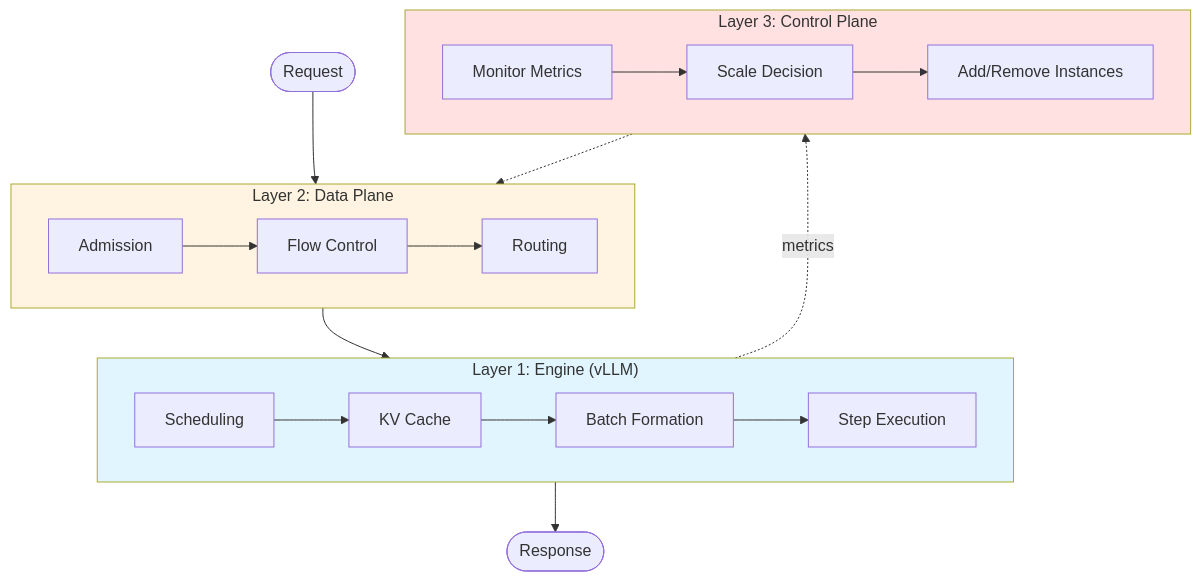
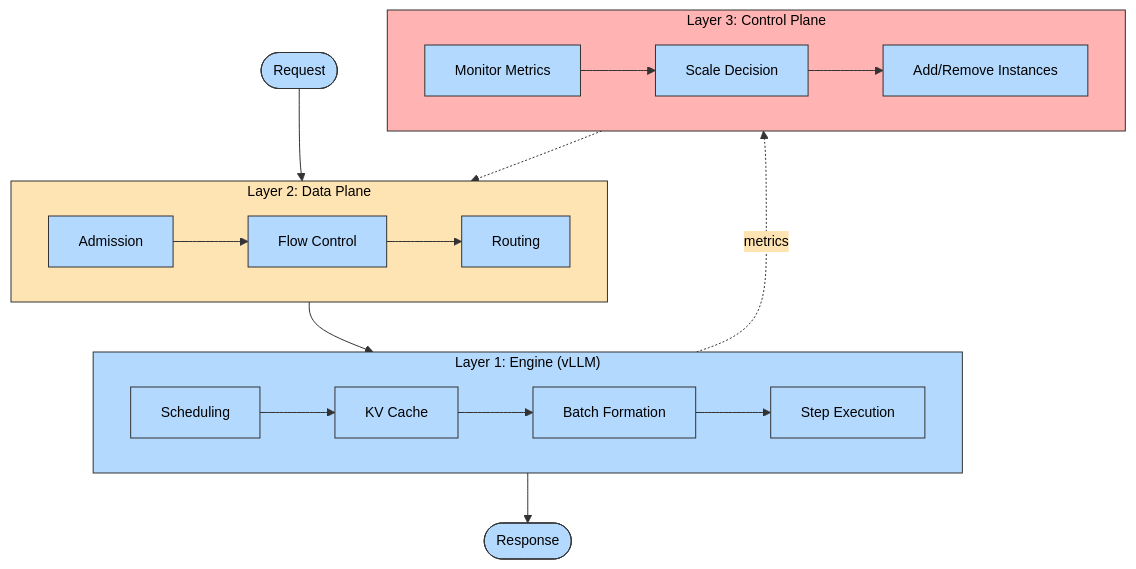
The diagram in docs/blog/posts/building-trust-physics-of-simulation.md (inference-sim/inference-sim), drawn with Mermaid before and after one commit. The commit also changed other lines of this file, not shown here.

Commit message:
fix(blog): use mermaid theme init with explicit black text for all modes

````diff
--- a/docs/blog/posts/building-trust-physics-of-simulation.md
+++ b/docs/blog/posts/building-trust-physics-of-simulation.md
@@ -39,34 +39,35 @@
 ```mermaid
+%%{init: {'theme':'base', 'themeVariables': { 'primaryColor':'#b3d9ff','primaryTextColor':'#000','primaryBorderColor':'#333','secondaryColor':'#ffe4b3','tertiaryColor':'#ffb3b3','lineColor':'#333','textColor':'#000','fontSize':'14px'}}}%%
 flowchart TB
     subgraph Layer1["Layer 1: Engine (vLLM)"]
         Sched[Scheduling]
         KV[KV Cache]
         Batch[Batch Formation]
         Step[Step Execution]
         Sched --> KV --> Batch --> Step
     end
 
     subgraph Layer2["Layer 2: Data Plane"]
         Admit[Admission]
         Route[Routing]
         Flow[Flow Control]
         Admit --> Flow --> Route
     end
 
     subgraph Layer3["Layer 3: Control Plane"]
         Monitor[Monitor Metrics]
         Decide[Scale Decision]
         Actuate[Add/Remove Instances]
         Monitor --> Decide --> Actuate
     end
 
     Request([Request]) --> Layer2
     Layer2 --> Layer1
     Layer1 --> Response([Response])
     Layer3 -.-> Layer2
     Layer1 -.->|metrics| Layer3
 
-    style Layer1 fill:#e1f5ff
-    style Layer2 fill:#fff4e1
-    style Layer3 fill:#ffe1e1
+    style Layer1 fill:#b3d9ff,stroke:#333,color:#000
+    style Layer2 fill:#ffe4b3,stroke:#333,color:#000
+    style Layer3 fill:#ffb3b3,stroke:#333,color:#000
 ```
````
